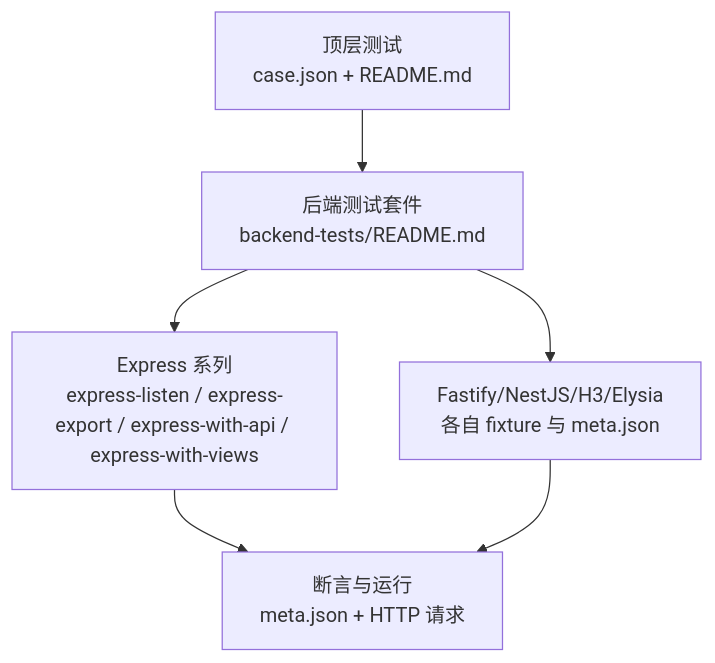
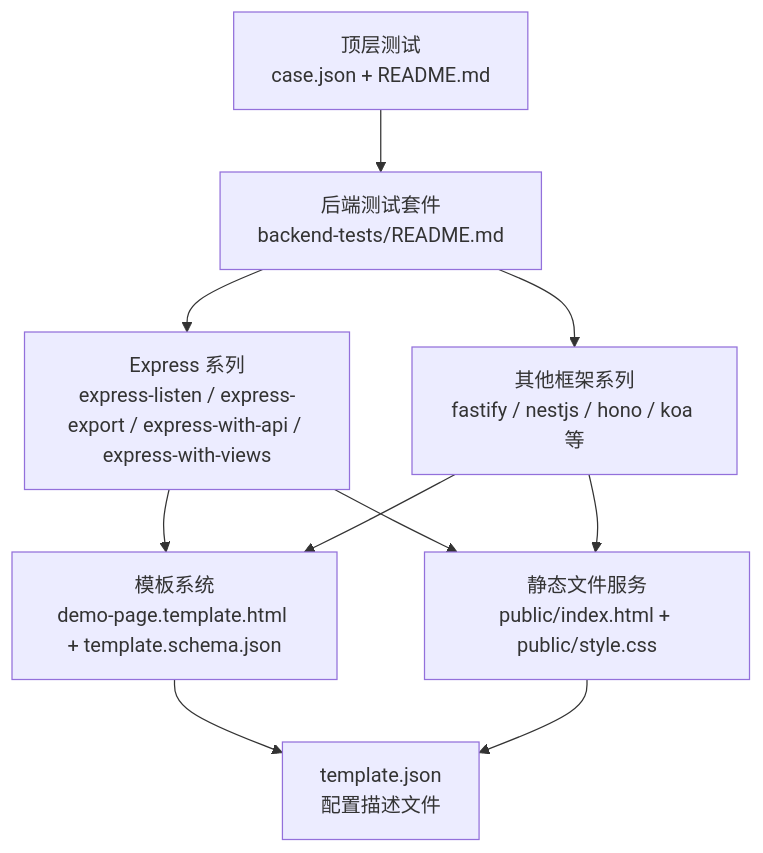
The first of 9 diagrams in .qoder/repowiki/zh/content/后端框架测试/后端框架测试.md (esa-sp/test-for-aone-ci), drawn with Mermaid before and after one commit. The commit also changed other lines of this file and 58 other files, not shown here.

````diff
--- a/.qoder/repowiki/zh/content/后端框架测试/后端框架测试.md
+++ b/.qoder/repowiki/zh/content/后端框架测试/后端框架测试.md
@@ -48,8 +74,12 @@
 ```mermaid
 graph TB
 A["顶层测试<br/>case.json + README.md"] --> B["后端测试套件<br/>backend-tests/README.md"]
 B --> C["Express 系列<br/>express-listen / express-export / express-with-api / express-with-views"]
-B --> D["Fastify/NestJS/H3/Elysia<br/>各自 fixture 与 meta.json"]
-C --> E["断言与运行<br/>meta.json + HTTP 请求"]
+B --> D["其他框架系列<br/>fastify / nestjs / hono / koa 等"]
+C --> E["模板系统<br/>demo-page.template.html + template.schema.json"]
+C --> F["静态文件服务<br/>public/index.html + public/style.css"]
 D --> E
+D --> F
+E --> G["template.json<br/>配置描述文件"]
+F --> G
 ```
````
